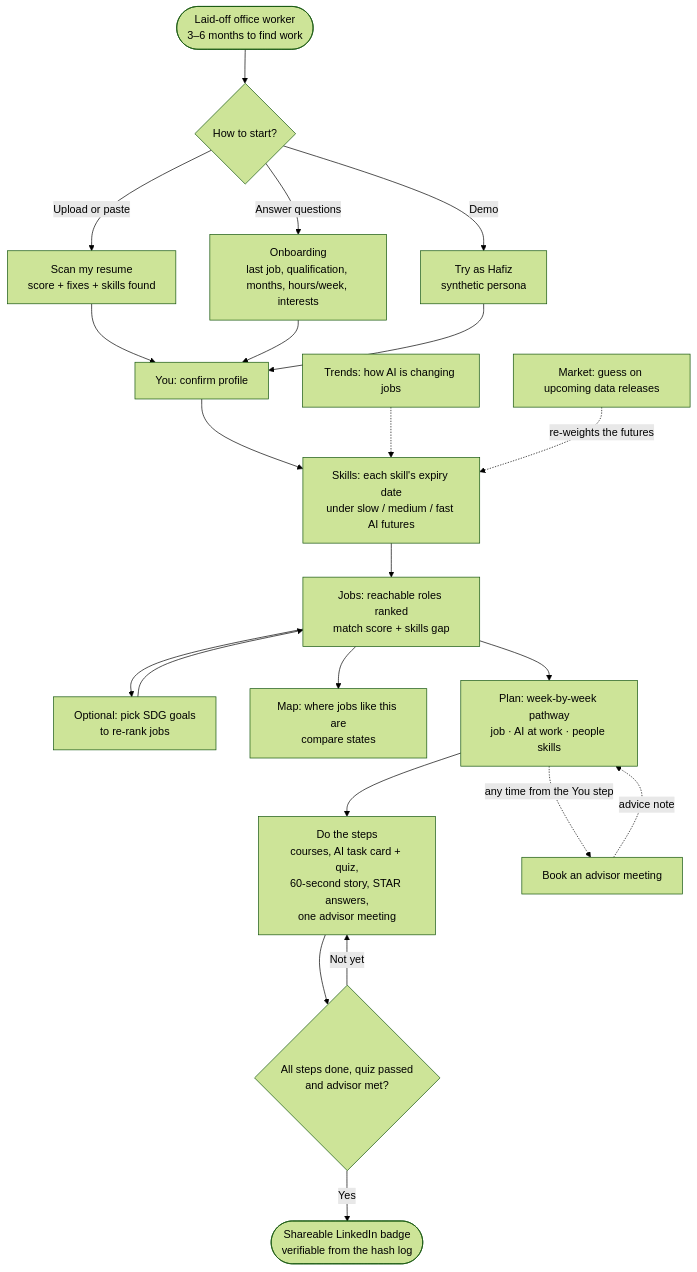
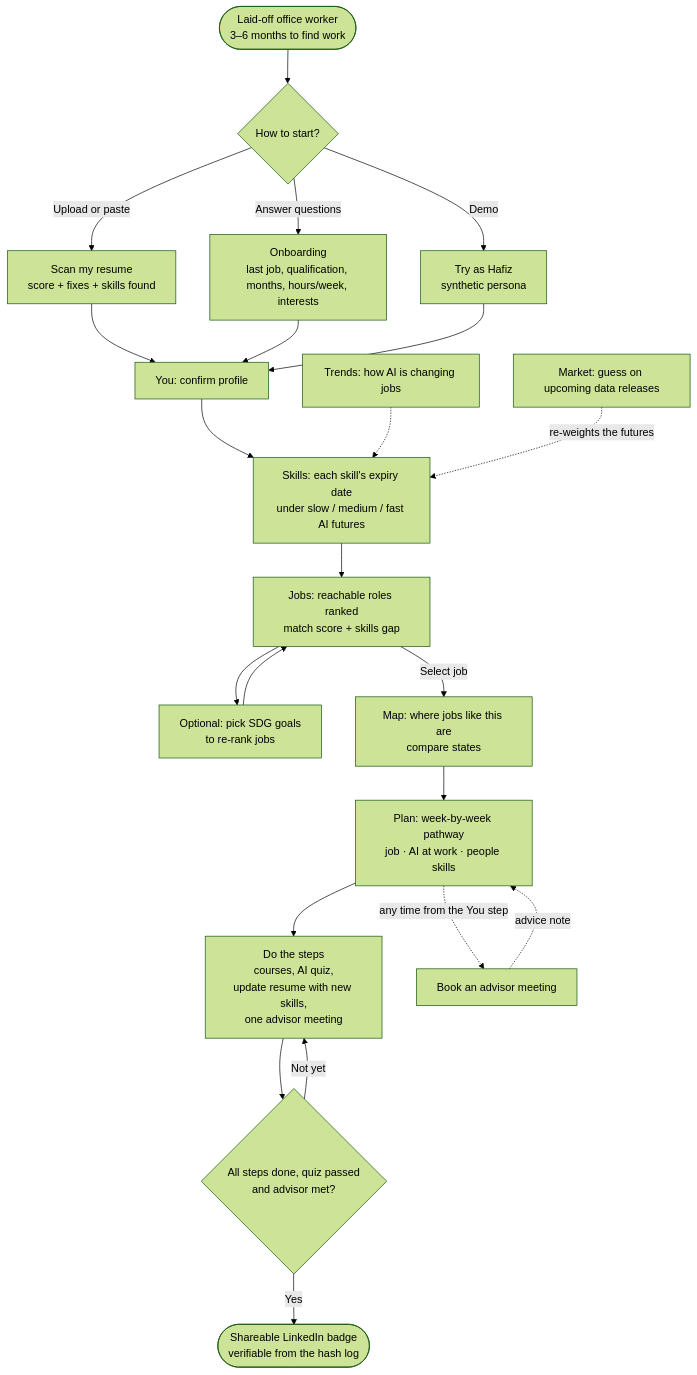
One commit to yabgzichien/SDCHack-slaynergy changed the first of 2 diagrams in README.md. Above: the diagram before and after it, drawn with Mermaid (forest theme). The commit also changed other lines of this file and 44 other files, not shown here.

First line of the commit message:
Redesign jobs, map, plan and badge pages; add why-this-job and demo shortcuts

````diff
--- a/README.md
+++ b/README.md
@@ -61,26 +61,26 @@
 ```mermaid
 flowchart TD
     A([Laid-off office worker<br/>3–6 months to find work]) --> B{How to start?}
     B -->|Upload or paste| C[Scan my resume<br/>score + fixes + skills found]
     B -->|Answer questions| D[Onboarding<br/>last job, qualification, months, hours/week, interests]
     B -->|Demo| E[Try as Hafiz<br/>synthetic persona]
     C --> F[You: confirm profile]
     D --> F
     E --> F
     F --> G[Skills: each skill's expiry date<br/>under slow / medium / fast AI futures]
     G --> H[Jobs: reachable roles ranked<br/>match score + skills gap]
     H --> H2[Optional: pick SDG goals<br/>to re-rank jobs]
     H2 --> H
-    H --> M[Map: where jobs like this are<br/>compare states]
-    H --> I[Plan: week-by-week pathway<br/>job · AI at work · people skills]
-    I --> J[Do the steps<br/>courses, AI task card + quiz,<br/>60-second story, STAR answers,<br/>one advisor meeting]
+    H -->|Select job| M[Map: where jobs like this are<br/>compare states]
+    M --> I[Plan: week-by-week pathway<br/>job · AI at work · people skills]
+    I --> J[Do the steps<br/>courses, AI quiz,<br/>update resume with new skills,<br/>one advisor meeting]
     J --> K{All steps done, quiz passed<br/>and advisor met?}
     K -->|Not yet| J
     K -->|Yes| N([Shareable LinkedIn badge<br/>verifiable from the hash log])
 
     I -.->|any time from the You step| ADV[Book an advisor meeting]
     ADV -.->|advice note| I
 
     T[Trends: how AI is changing jobs] -.-> G
     MK[Market: guess on upcoming data releases] -.->|re-weights the futures| G
 ```
````
